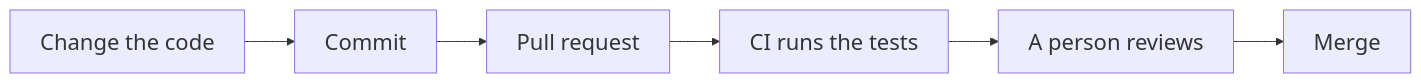
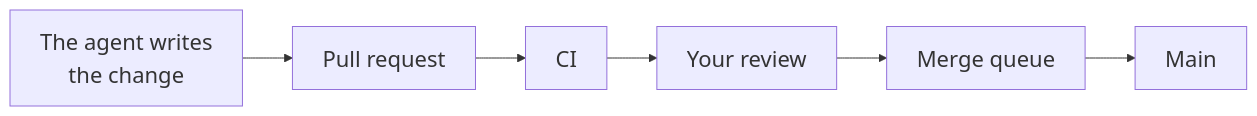
The second of 5 diagrams in engineering/decisions/2026-09-24-agentic-practice-audit/course/agentic-engineering-course.md (Laticent/lattice), drawn with Mermaid before and after one commit. The commit also changed other lines of this file and 4 other files, not shown here.

````diff
--- a/engineering/decisions/2026-09-24-agentic-practice-audit/course/agentic-engineering-course.md
+++ b/engineering/decisions/2026-09-24-agentic-practice-audit/course/agentic-engineering-course.md
@@ -230,5 +194,5 @@
 ```mermaid
 %%{init: {'themeVariables': {'fontSize': '22px'}}}%%
 flowchart LR
-  A["Change the code"] --> B["Commit"] --> C["Pull request"] --> D["CI runs the tests"] --> E["A person reviews"] --> F["Merge"]
+  A["The agent writes<br/>the change"] --> B["Pull request"] --> C["CI"] --> D["Your review"] --> E["Merge queue"] --> F["Main"]
 ```
````
